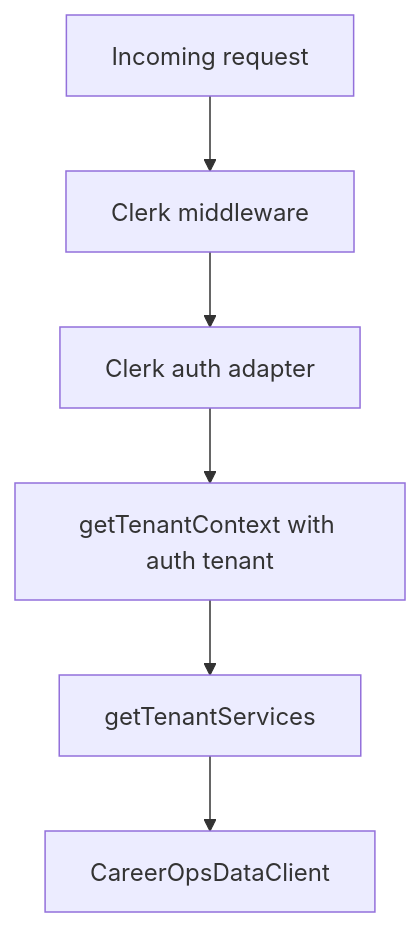
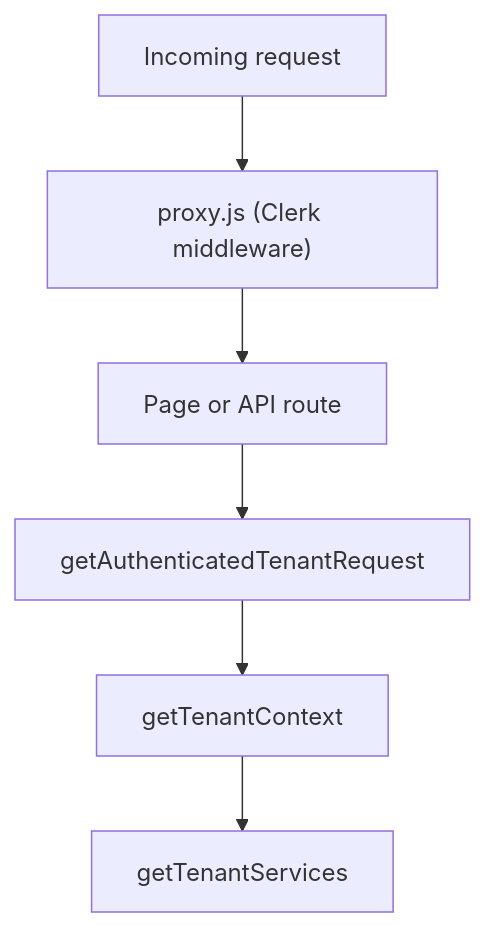
Before and after one commit to jkinman/workcraft: the second of 3 diagrams in docs/HOSTED_VERCEL_READINESS.md, drawn with Mermaid. The commit also changed other lines of this file and 10 other files, not shown here.

First line of the commit message:
chore: integrate career-ops v1.25 with hosted fork

````diff
--- a/docs/HOSTED_VERCEL_READINESS.md
+++ b/docs/HOSTED_VERCEL_READINESS.md
@@ -137,8 +122,8 @@
 ```mermaid
 flowchart TD
-  Request["Incoming request"] --> ClerkMiddleware["Clerk middleware"]
-  ClerkMiddleware --> AuthAdapter["Clerk auth adapter"]
-  AuthAdapter --> TenantContext["getTenantContext with auth tenant"]
+  Request["Incoming request"] --> Proxy["proxy.js (Clerk middleware)"]
+  Proxy --> Route["Page or API route"]
+  Route --> ClerkRequest["getAuthenticatedTenantRequest"]
+  ClerkRequest --> TenantContext["getTenantContext"]
   TenantContext --> TenantServices["getTenantServices"]
-  TenantServices --> DataClient["CareerOpsDataClient"]
 ```
````
